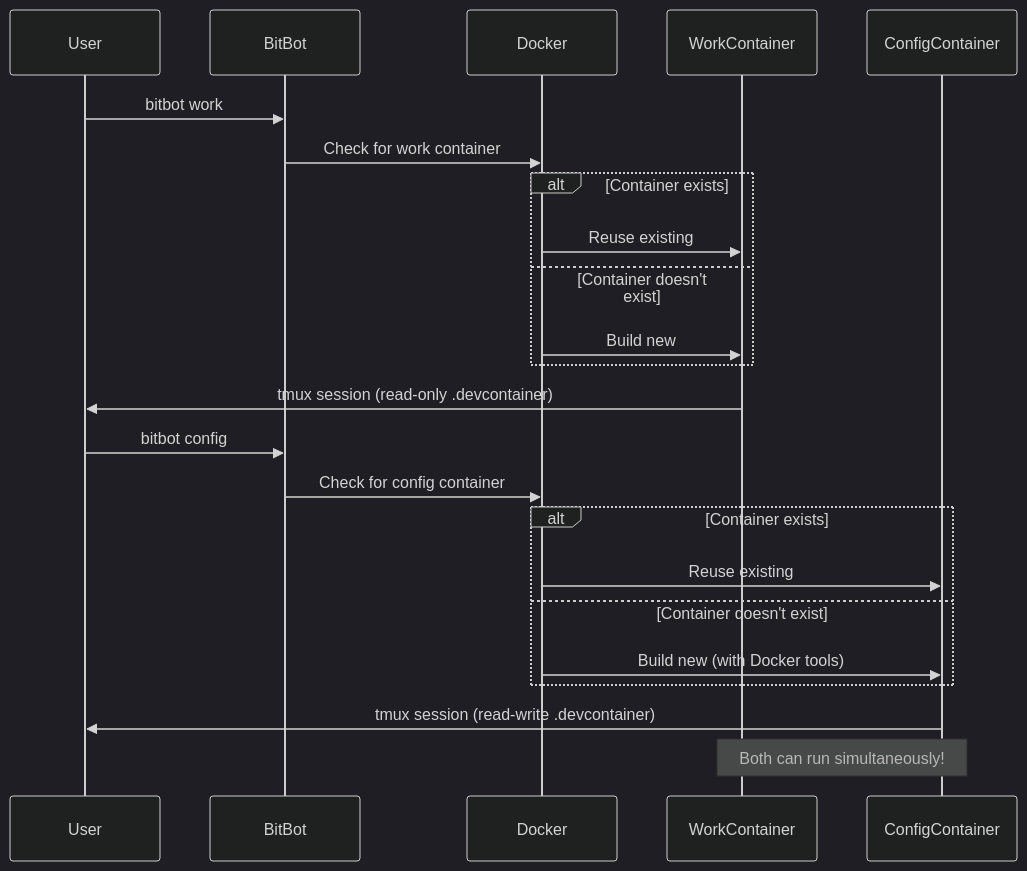
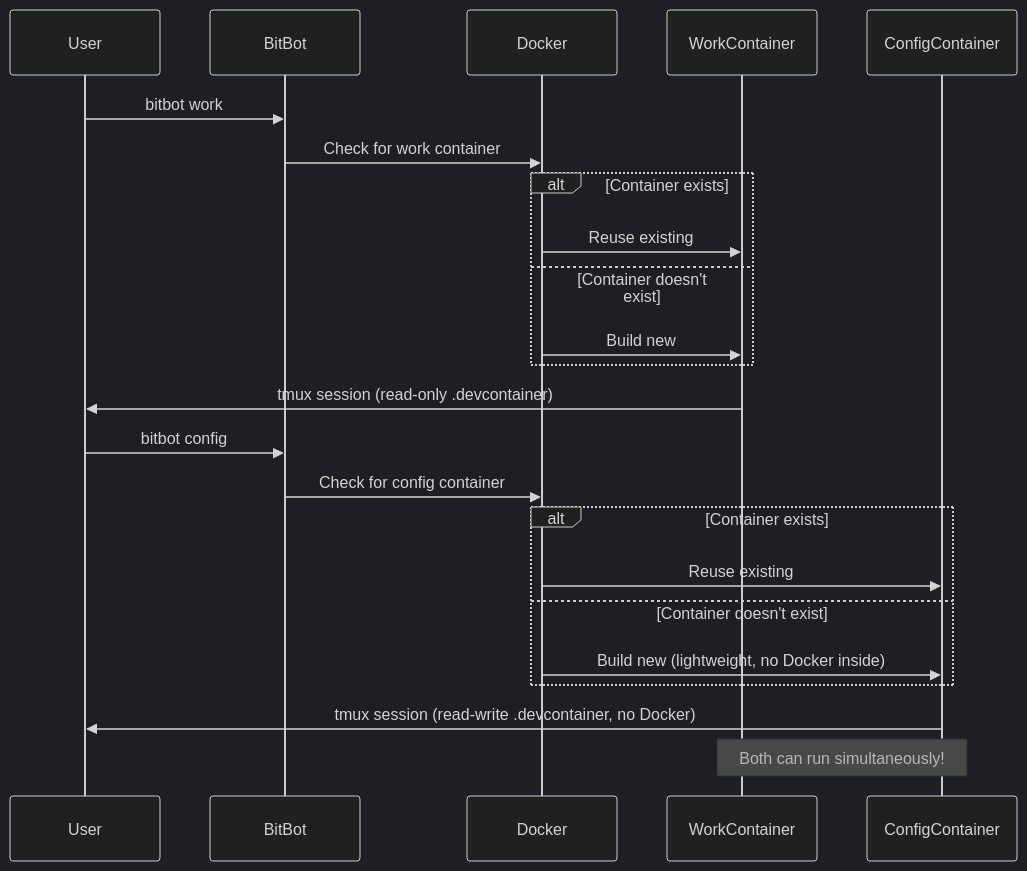
One commit to ManuelKugelmann/BitBot changed the third of 4 diagrams in sparc/3-architecture/diagrams/02-container-orchestration.md. Above: the diagram before and after it, drawn with Mermaid (dark theme). The commit also changed other lines of this file and 5 other files, not shown here.

First line of the commit message:
Remove Docker from config mode in architecture diagrams

````diff
--- a/sparc/3-architecture/diagrams/02-container-orchestration.md
+++ b/sparc/3-architecture/diagrams/02-container-orchestration.md
@@ -209,28 +202,28 @@
 ```mermaid
 sequenceDiagram
     participant User
     participant BitBot
     participant Docker
     participant WorkContainer
     participant ConfigContainer
 
     User->>BitBot: bitbot work
     BitBot->>Docker: Check for work container
     alt Container exists
         Docker->>WorkContainer: Reuse existing
     else Container doesn't exist
         Docker->>WorkContainer: Build new
     end
     WorkContainer->>User: tmux session (read-only .devcontainer)
 
     User->>BitBot: bitbot config
     BitBot->>Docker: Check for config container
     alt Container exists
         Docker->>ConfigContainer: Reuse existing
     else Container doesn't exist
-        Docker->>ConfigContainer: Build new (with Docker tools)
+        Docker->>ConfigContainer: Build new (lightweight, no Docker inside)
     end
-    ConfigContainer->>User: tmux session (read-write .devcontainer)
+    ConfigContainer->>User: tmux session (read-write .devcontainer, no Docker)
 
     Note over WorkContainer,ConfigContainer: Both can run simultaneously!
 ```
````
